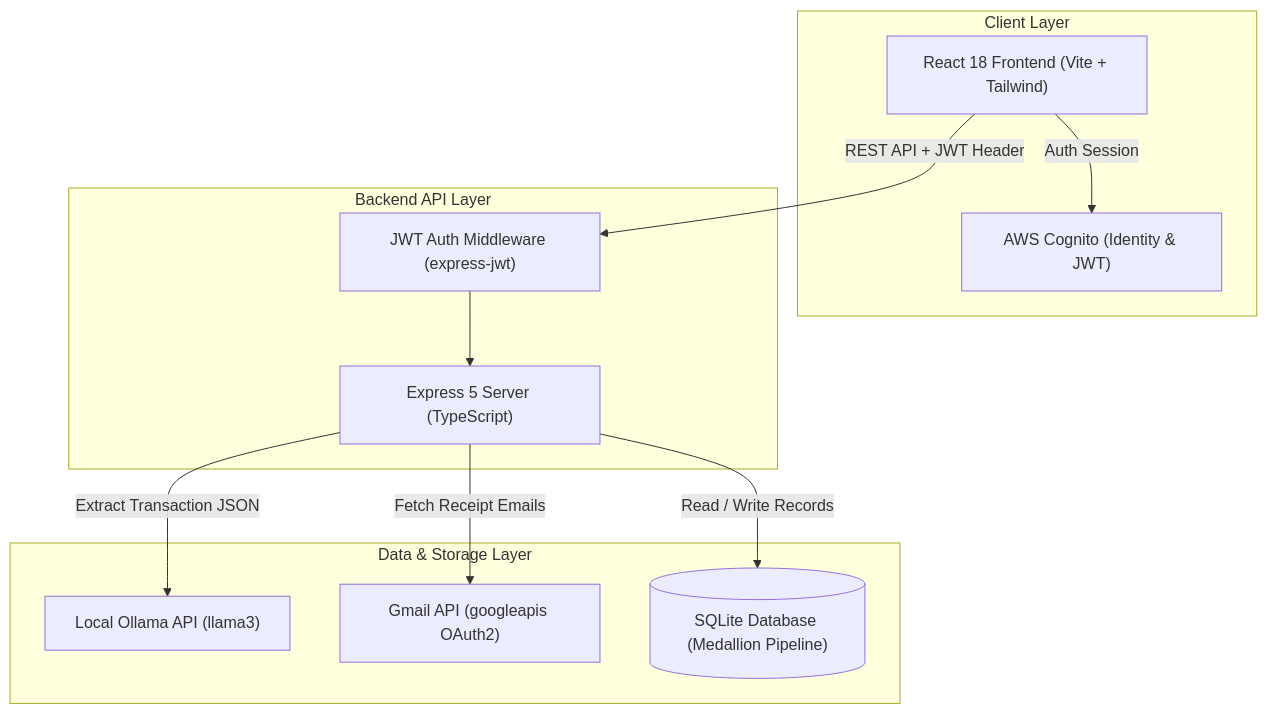
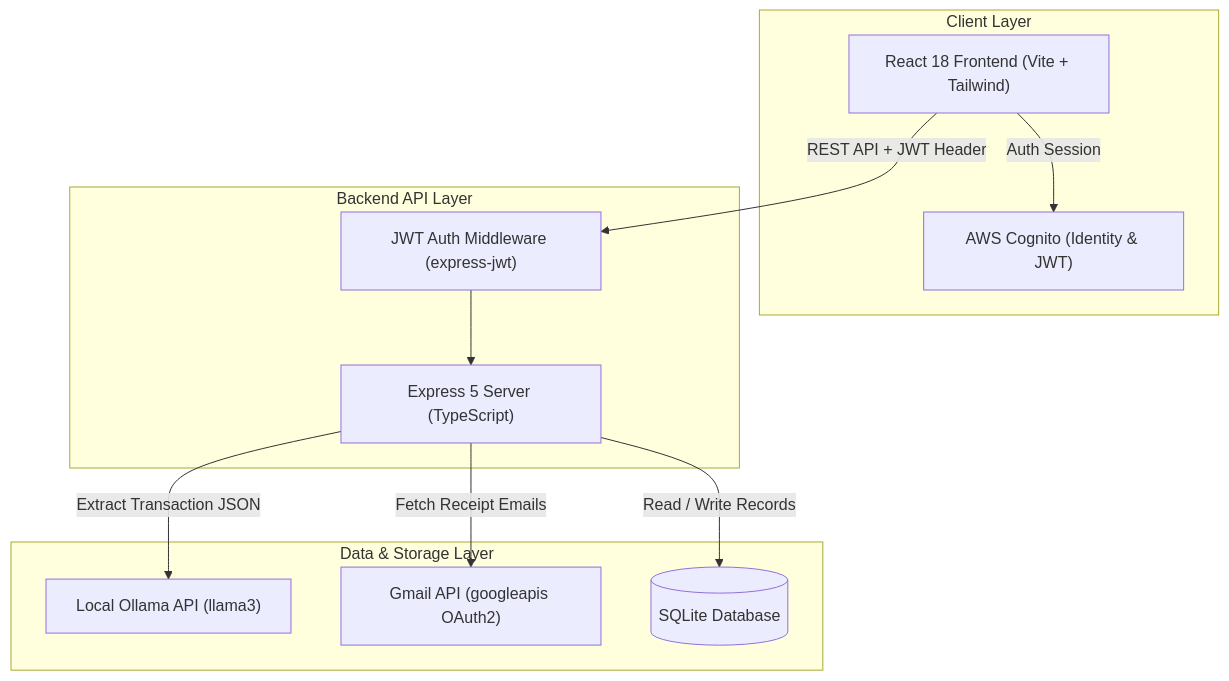
Before and after one commit to joymathews/daily-expense: the first of 4 diagrams in README.md, drawn with Mermaid. The commit also changed other lines of this file and 1 other file, not shown here.

````diff
--- a/README.md
+++ b/README.md
@@ -25,25 +25,25 @@
 ```mermaid
 flowchart TD
     subgraph Client ["Client Layer"]
         FE["React 18 Frontend (Vite + Tailwind)"]
         Cognito["AWS Cognito (Identity & JWT)"]
     end
 
     subgraph Backend ["Backend API Layer"]
         API["Express 5 Server (TypeScript)"]
         AuthMiddleware["JWT Auth Middleware (express-jwt)"]
     end
 
     subgraph DataPipeline ["Data & Storage Layer"]
         Ollama["Local Ollama API (llama3)"]
         Gmail["Gmail API (googleapis OAuth2)"]
-        SQLite[("SQLite Database (Medallion Pipeline)")]
+        SQLite[("SQLite Database")]
     end
 
     FE -->|"Auth Session"| Cognito
     FE -->|"REST API + JWT Header"| AuthMiddleware
     AuthMiddleware --> API
     API -->|"Fetch Receipt Emails"| Gmail
     API -->|"Extract Transaction JSON"| Ollama
     API -->|"Read / Write Records"| SQLite
 ```
````
